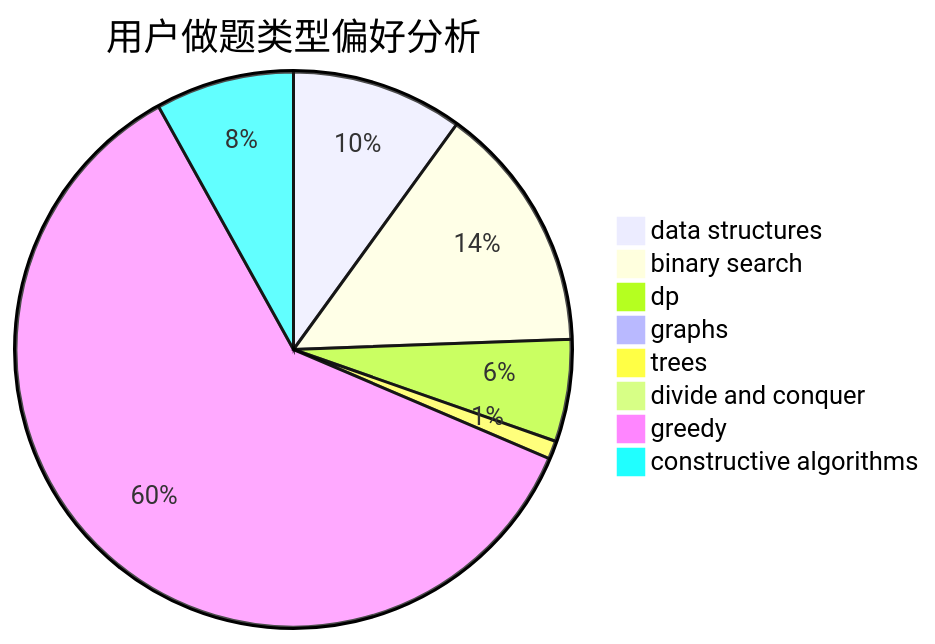
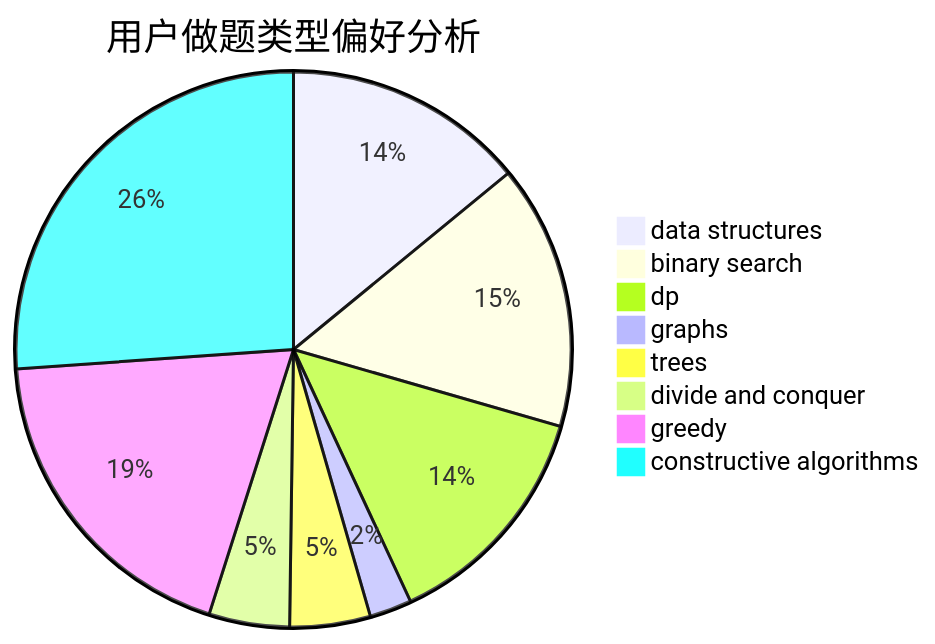
The second of 3 diagrams in docs/user/u2127.md (sherpahu/cfrs.github.io), drawn with Mermaid before and after one commit. The commit also changed other lines of this file and 2770 other files, not shown here.

````diff
--- a/docs/user/u2127.md
+++ b/docs/user/u2127.md
@@ -23,11 +23,11 @@
 ```mermaid
 pie title 用户做题类型偏好分析
-    "data structures" :  47
-    "binary search" :  68
-    "dp" :  28
-    "graphs" :  4
-    "trees" :  5
-    "divide and conquer" :  0
-    "greedy" :  285
-    "constructive algorithms" :  38
+    "data structures" :  63
+    "binary search" :  69
+    "dp" :  61
+    "graphs" :  11
+    "trees" :  21
+    "divide and conquer" :  21
+    "greedy" :  85
+    "constructive algorithms" :  117
 ```
````
